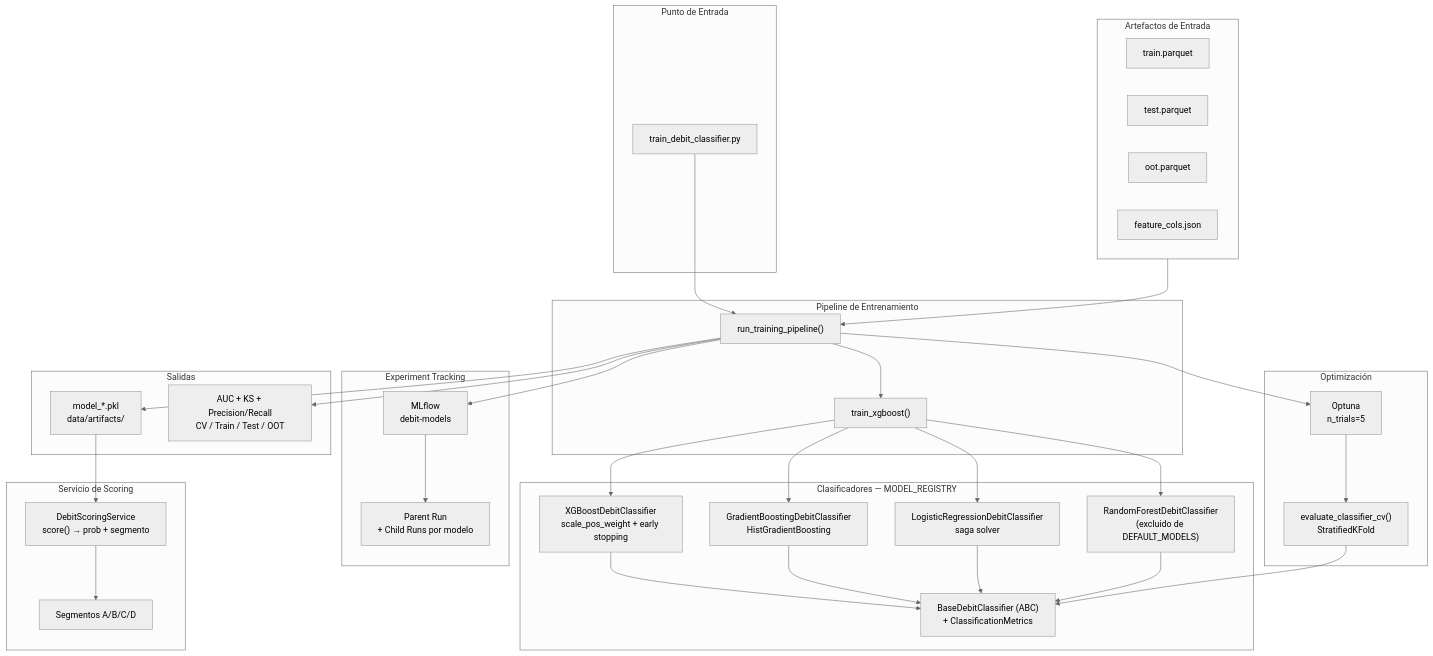
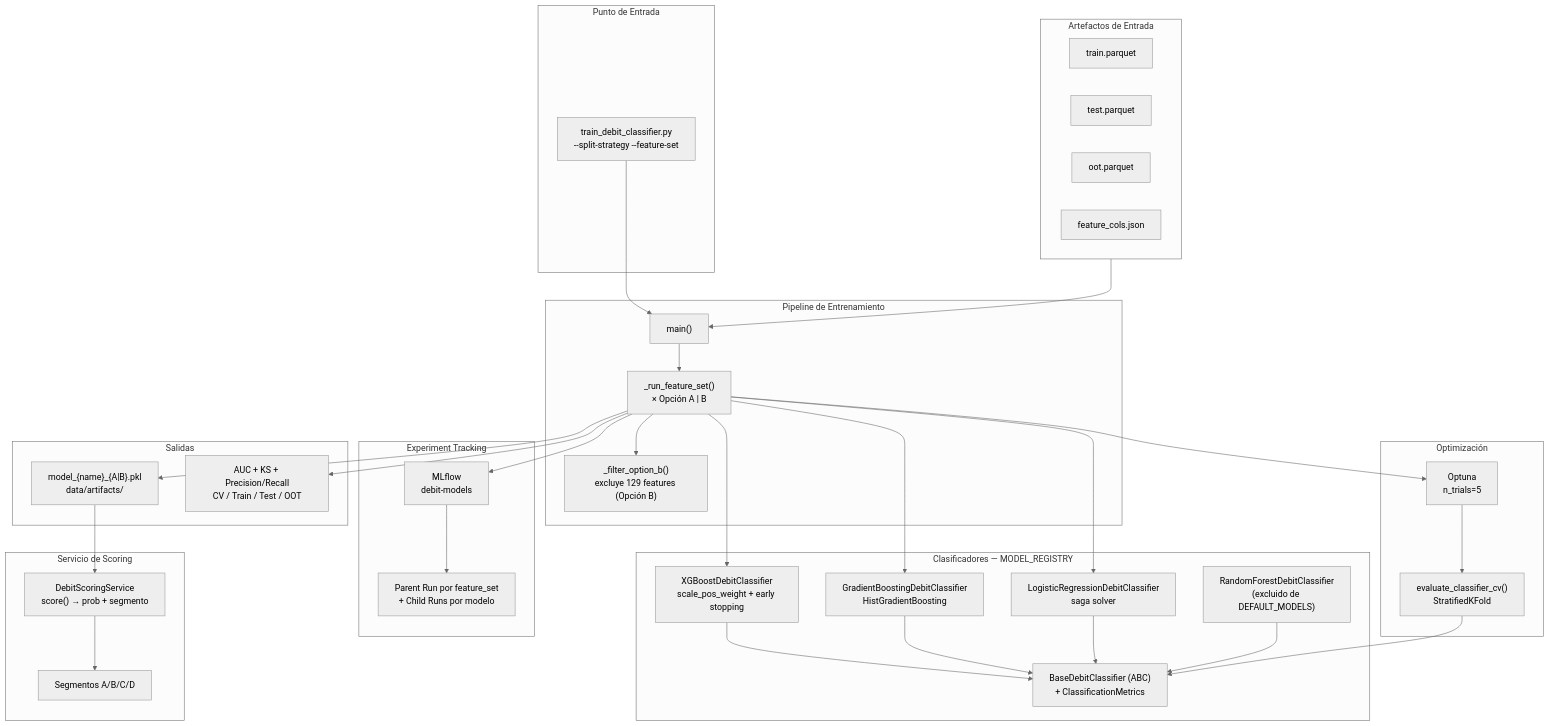
The third of 8 diagrams in _docs/debit_architecture_diagram.md (jhonflook/bancolombia-technical-test), drawn with Mermaid (neutral theme) before and after one commit. The commit also changed other lines of this file and 14 other files, not shown here.

````diff
--- a/_docs/debit_architecture_diagram.md
+++ b/_docs/debit_architecture_diagram.md
@@ -169,73 +175,74 @@
 ```mermaid
 flowchart TB
     subgraph EntryPoint["Punto de Entrada"]
-        TrainScript["train_debit_classifier.py"]
+        TrainScript["train_debit_classifier.py<br/>--split-strategy --feature-set"]
     end
 
     subgraph Pipeline["Pipeline de Entrenamiento"]
-        RunPipeline["run_training_pipeline()"]
-        TrainXGB["train_xgboost()"]
+        MainFn["main()"]
+        RunFS["_run_feature_set()<br/>× Opción A | B"]
+        FilterB["_filter_option_b()<br/>excluye 129 features (Opción B)"]
     end
 
     subgraph Dataset["Artefactos de Entrada"]
         TrainParq["train.parquet"]
         TestParq["test.parquet"]
         OOTParq["oot.parquet"]
         FeatCols["feature_cols.json"]
     end
 
     subgraph Models["Clasificadores — MODEL_REGISTRY"]
         XGB["XGBoostDebitClassifier<br/>scale_pos_weight + early stopping"]
         GBM["GradientBoostingDebitClassifier<br/>HistGradientBoosting"]
         LR["LogisticRegressionDebitClassifier<br/>saga solver"]
         RF["RandomForestDebitClassifier<br/>(excluido de DEFAULT_MODELS)"]
         Base["BaseDebitClassifier (ABC)<br/>+ ClassificationMetrics"]
     end
 
     subgraph Optimization["Optimización"]
         Optuna["Optuna<br/>n_trials=5"]
         EvalCV["evaluate_classifier_cv()<br/>StratifiedKFold"]
     end
 
     subgraph Tracking["Experiment Tracking"]
         MLflow["MLflow<br/>debit-models"]
-        ParentRun["Parent Run<br/>+ Child Runs por modelo"]
+        ParentRun["Parent Run por feature_set<br/>+ Child Runs por modelo"]
     end
 
     subgraph Scoring["Servicio de Scoring"]
         ScoringService["DebitScoringService<br/>score() → prob + segmento"]
         Segments["Segmentos A/B/C/D"]
     end
 
     subgraph Output["Salidas"]
-        PKL["model_*.pkl<br/>data/artifacts/"]
+        PKL["model_{name}_{A|B}.pkl<br/>data/artifacts/"]
         Metrics["AUC + KS + Precision/Recall<br/>CV / Train / Test / OOT"]
     end
 
-    TrainScript --> RunPipeline
-    Dataset --> RunPipeline
+    TrainScript --> MainFn
+    Dataset --> MainFn
 
-    RunPipeline --> TrainXGB
-    TrainXGB --> XGB
-    TrainXGB --> GBM
-    TrainXGB --> LR
-    TrainXGB --> RF
+    MainFn --> RunFS
+    RunFS --> FilterB
+    RunFS --> XGB
+    RunFS --> GBM
+    RunFS --> LR
 
     XGB --> Base
     GBM --> Base
     LR --> Base
     RF --> Base
 
-    RunPipeline --> Optuna
+    RunFS --> Optuna
     Optuna --> EvalCV
     EvalCV --> Base
 
-    RunPipeline --> MLflow
+    RunFS --> MLflow
     MLflow --> ParentRun
 
-    RunPipeline --> PKL
-    RunPipeline --> Metrics
+    RunFS --> PKL
+    RunFS --> Metrics
 
     PKL --> ScoringService
     ScoringService --> Segments
 ```
````
